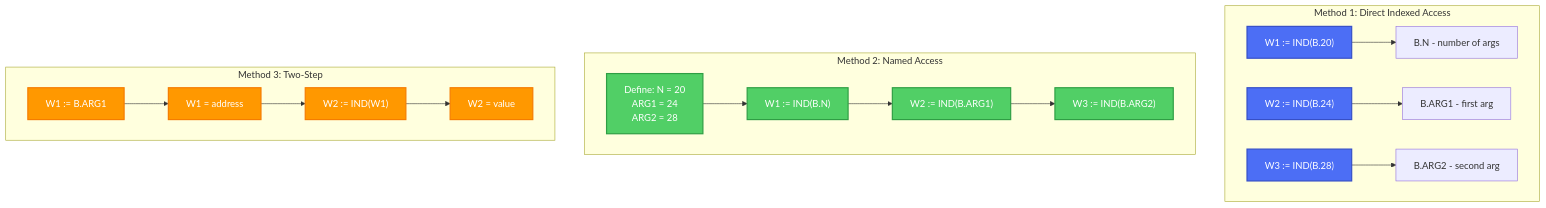
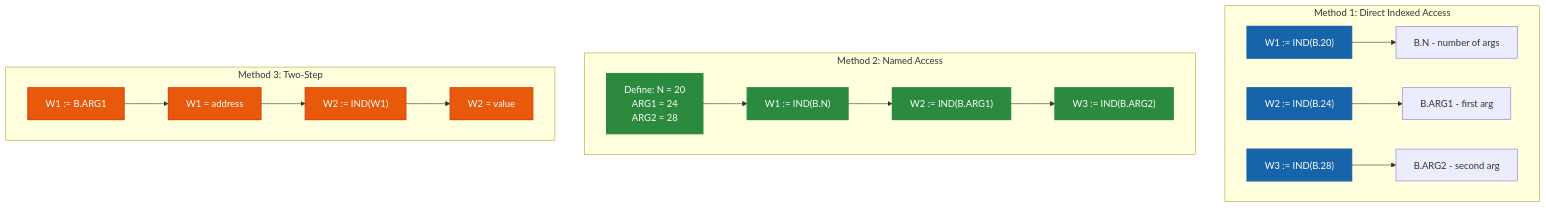
Before and after one commit to RetroCoreLabs/nd500x: diagram 19 of 25 in docs/CALL_and_ENTRY_Points_Explained.md, drawn with Mermaid. The commit also changed other lines of this file, not shown here.

First line of the commit message:
docs: Make Mermaid diagrams WCAG 2.1 Level AA compliant (EAA 2025)

````diff
--- a/docs/CALL_and_ENTRY_Points_Explained.md
+++ b/docs/CALL_and_ENTRY_Points_Explained.md
@@ -906,32 +906,32 @@
 ```mermaid
 graph TD
     subgraph "Method 1: Direct Indexed Access"
         M1A["W1 := IND(B.20)"] --> M1B["B.N - number of args"]
         M1C["W2 := IND(B.24)"] --> M1D["B.ARG1 - first arg"]
         M1E["W3 := IND(B.28)"] --> M1F["B.ARG2 - second arg"]
     end
 
     subgraph "Method 2: Named Access"
         M2A["Define: N = 20<br/>ARG1 = 24<br/>ARG2 = 28"] --> M2B["W1 := IND(B.N)"]
         M2B --> M2C["W2 := IND(B.ARG1)"]
         M2C --> M2D["W3 := IND(B.ARG2)"]
     end
 
     subgraph "Method 3: Two-Step"
         M3A["W1 := B.ARG1"] --> M3B["W1 = address"]
         M3B --> M3C["W2 := IND(W1)"]
         M3C --> M3D["W2 = value"]
     end
 
-    style M1A fill:#4c6ef5,stroke:#364fc7,stroke-width:2px,color:#fff
-    style M1C fill:#4c6ef5,stroke:#364fc7,stroke-width:2px,color:#fff
-    style M1E fill:#4c6ef5,stroke:#364fc7,stroke-width:2px,color:#fff
-    style M2A fill:#51cf66,stroke:#2f9e44,stroke-width:2px,color:#fff
-    style M2B fill:#51cf66,stroke:#2f9e44,stroke-width:2px,color:#fff
-    style M2C fill:#51cf66,stroke:#2f9e44,stroke-width:2px,color:#fff
-    style M2D fill:#51cf66,stroke:#2f9e44,stroke-width:2px,color:#fff
-    style M3A fill:#ff9800,stroke:#f57c00,stroke-width:2px,color:#fff
-    style M3B fill:#ff9800,stroke:#f57c00,stroke-width:2px,color:#fff
-    style M3C fill:#ff9800,stroke:#f57c00,stroke-width:2px,color:#fff
-    style M3D fill:#ff9800,stroke:#f57c00,stroke-width:2px,color:#fff
+    style M1A fill:#1864ab,stroke:#1864ab,stroke-width:2px,color:#fff
+    style M1C fill:#1864ab,stroke:#1864ab,stroke-width:2px,color:#fff
+    style M1E fill:#1864ab,stroke:#1864ab,stroke-width:2px,color:#fff
+    style M2A fill:#2b8a3e,stroke:#2b8a3e,stroke-width:2px,color:#fff
+    style M2B fill:#2b8a3e,stroke:#2b8a3e,stroke-width:2px,color:#fff
+    style M2C fill:#2b8a3e,stroke:#2b8a3e,stroke-width:2px,color:#fff
+    style M2D fill:#2b8a3e,stroke:#2b8a3e,stroke-width:2px,color:#fff
+    style M3A fill:#e8590c,stroke:#d9480f,stroke-width:2px,color:#fff
+    style M3B fill:#e8590c,stroke:#d9480f,stroke-width:2px,color:#fff
+    style M3C fill:#e8590c,stroke:#d9480f,stroke-width:2px,color:#fff
+    style M3D fill:#e8590c,stroke:#d9480f,stroke-width:2px,color:#fff
 ```
````
